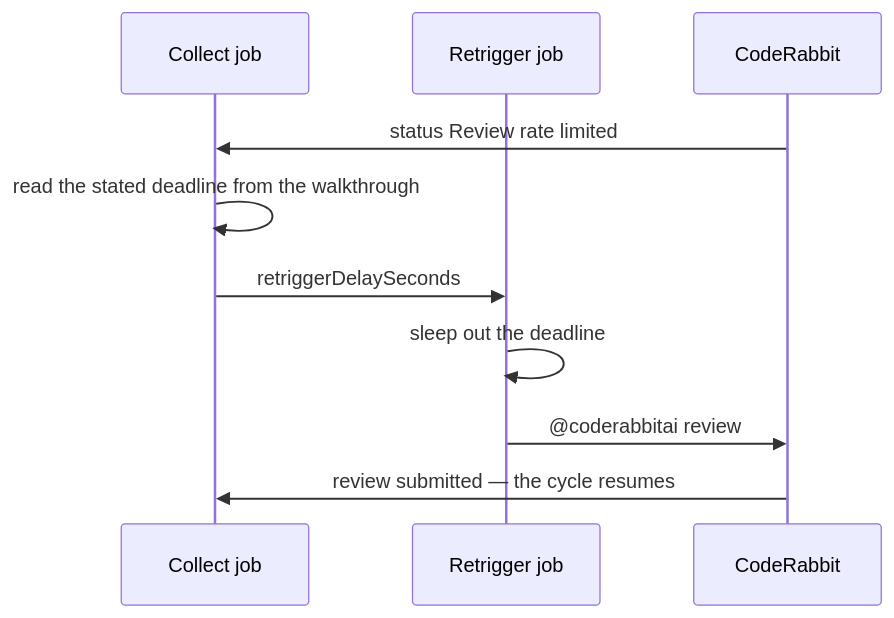
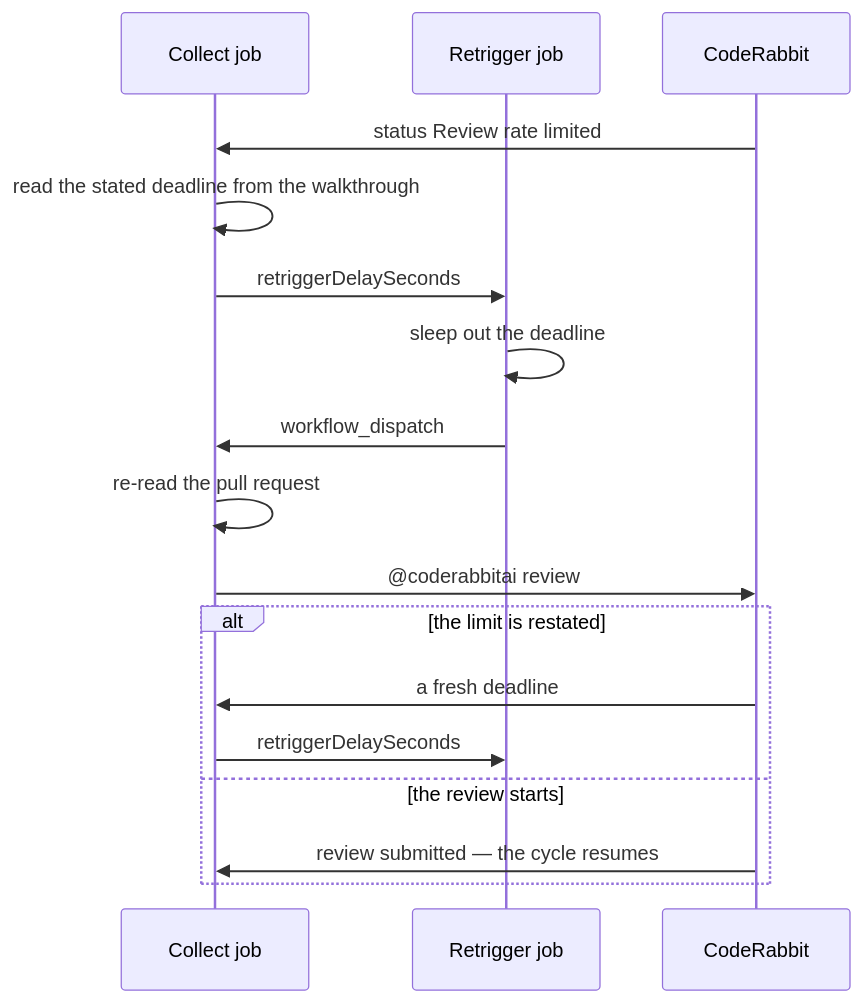
The second of 2 diagrams in apps/web/content/docs/infra/review-collector/runner.md (Esposter/Esposter), drawn with Mermaid before and after one commit. The commit also changed other lines of this file and 10 other files, not shown here.

````diff
--- a/apps/web/content/docs/infra/review-collector/runner.md
+++ b/apps/web/content/docs/infra/review-collector/runner.md
@@ -47,12 +47,19 @@
 ```mermaid
 sequenceDiagram
   participant W as Collect job
   participant R as Retrigger job
   participant CR as CodeRabbit
   CR->>W: status Review rate limited
   W->>W: read the stated deadline from the walkthrough
   W->>R: retriggerDelaySeconds
   R->>R: sleep out the deadline
-  R->>CR: @coderabbitai review
-  CR->>W: review submitted — the cycle resumes
+  R->>W: workflow_dispatch
+  W->>W: re-read the pull request
+  W->>CR: @coderabbitai review
+  alt the limit is restated
+    CR->>W: a fresh deadline
+    W->>R: retriggerDelaySeconds
+  else the review starts
+    CR->>W: review submitted — the cycle resumes
+  end
 ```
````
